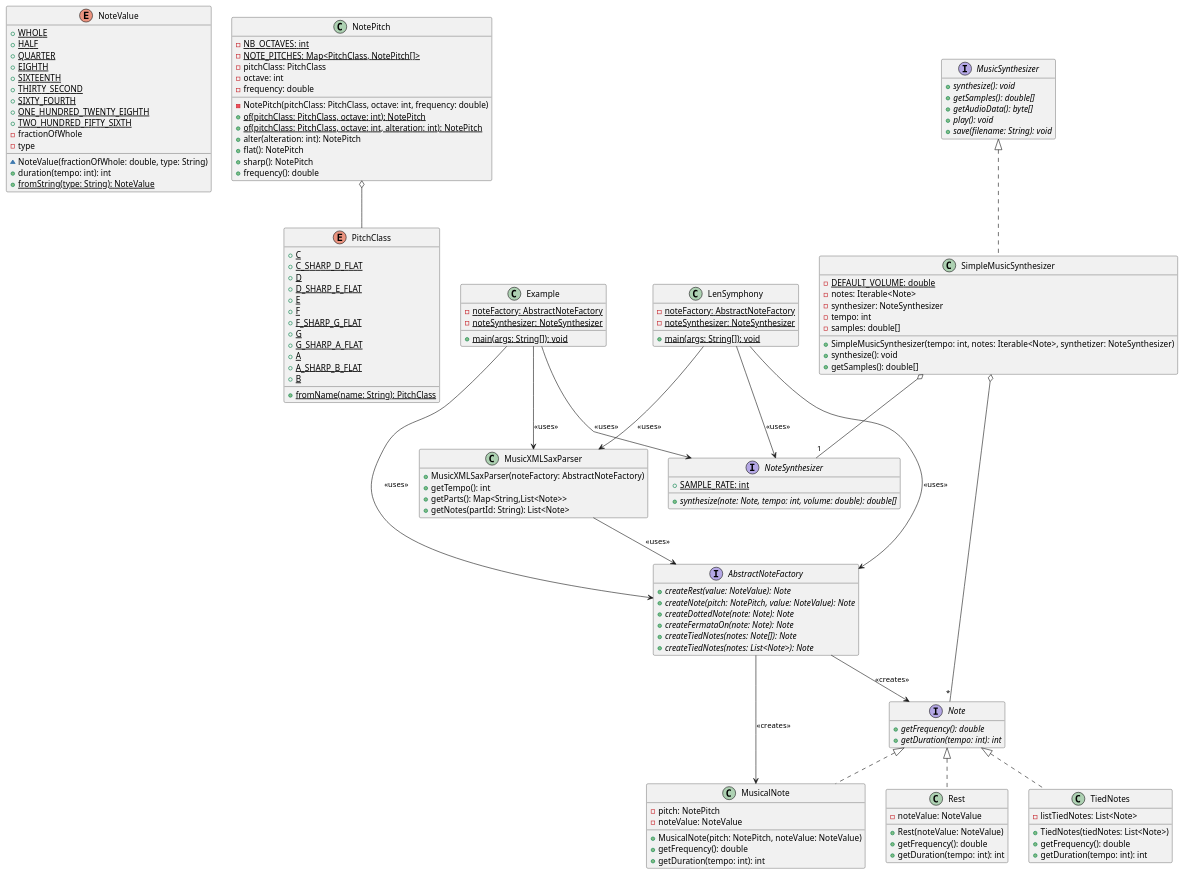
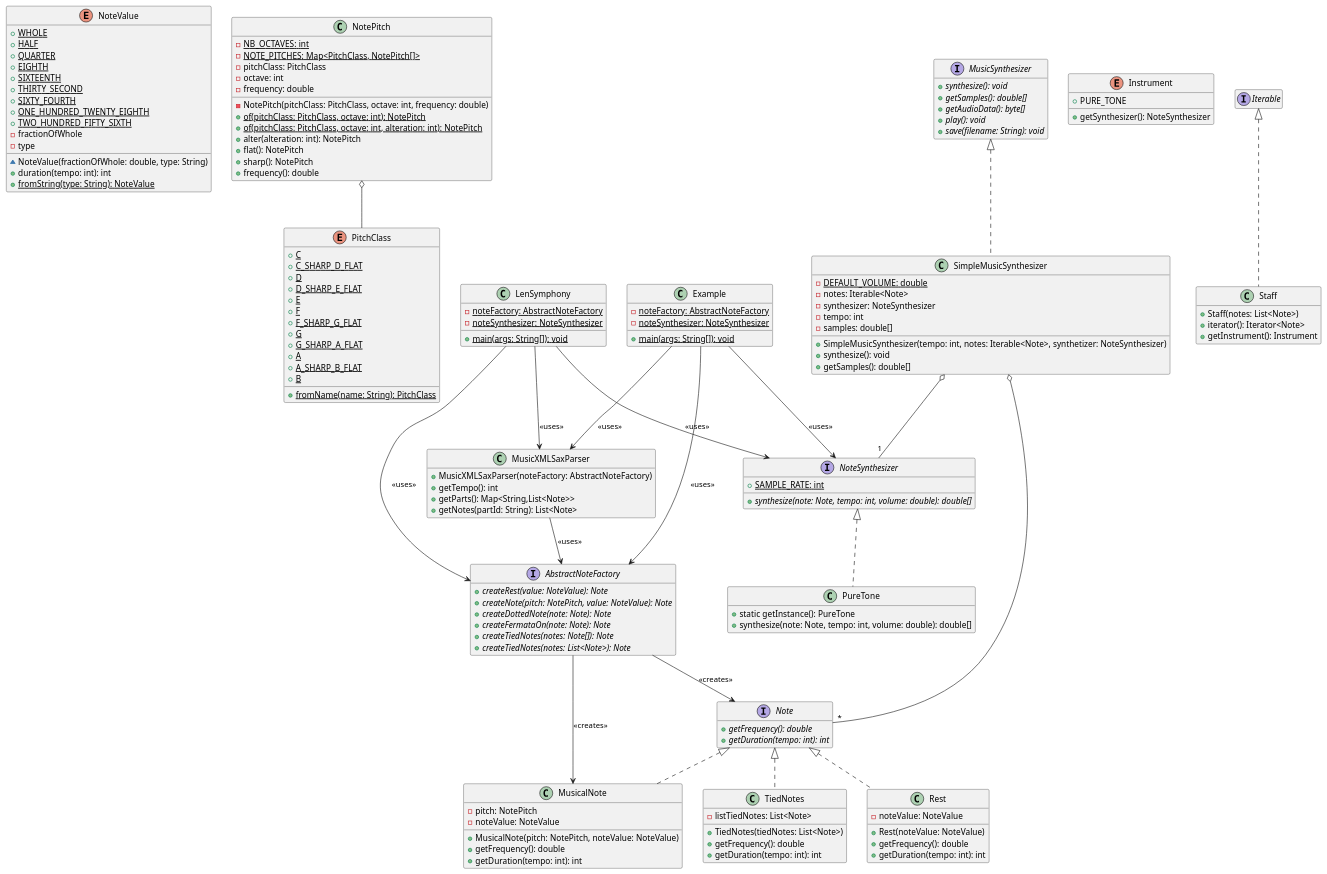
One commit to Flamaiche/lensymphony changed the diagram in README.md. Above: the diagram before and after it, drawn with PlantUML. The commit also changed other lines of this file, not shown here.

Commit message:
modif du graphe

```diff
--- a/README.md
+++ b/README.md
@@ -130,6 +130,22 @@
     + {abstract} synthesize(note: Note, tempo: int, volume: double): double[]
 }
 
+class PureTone implements NoteSynthesizer {
++ static getInstance(): PureTone
++ synthesize(note: Note, tempo: int, volume: double): double[]
+}
+
+enum Instrument {
+ + PURE_TONE
+ + getSynthesizer(): NoteSynthesizer
+}
+
+class Staff implements Iterable<Note> {
+    + Staff(notes: List<Note>)
+    + iterator(): Iterator<Note>
+    + getInstrument(): Instrument
+}
+
 interface MusicSynthesizer {
     + {abstract} synthesize(): void
     + {abstract} getSamples(): double[]
```
